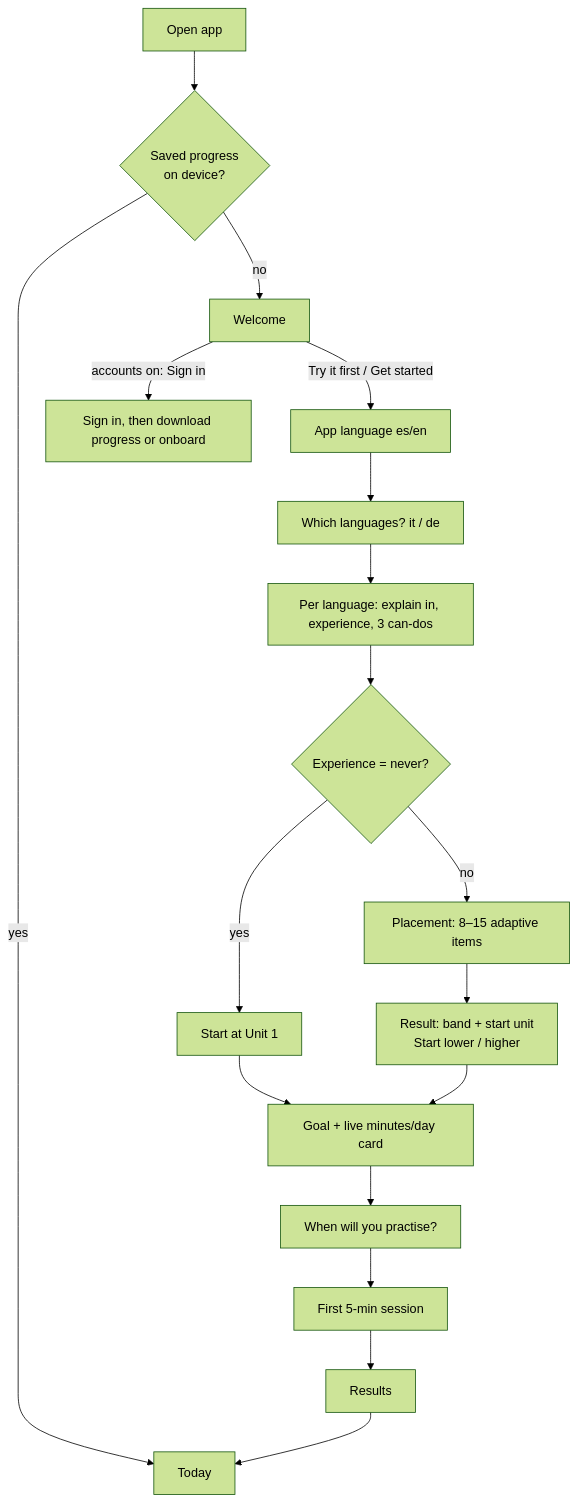
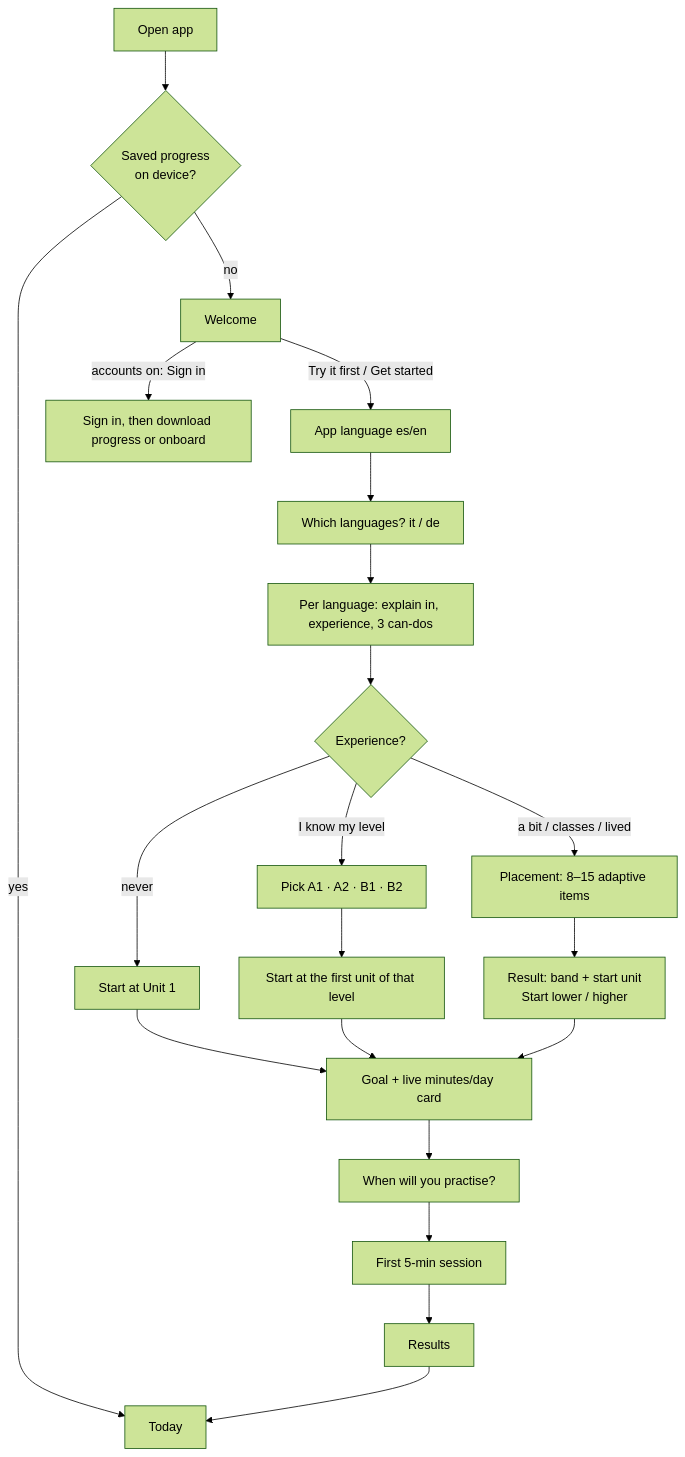
One commit to GabrielaCaballero/linguaapp changed the second of 7 diagrams in docs/product/04-flows.md. Above: the diagram before and after it, drawn with Mermaid (forest theme). The commit also changed 8 other files, not shown here.

First line of the commit message:
'I know my level': skip placement and pick A1-B2

````diff
--- a/docs/product/04-flows.md
+++ b/docs/product/04-flows.md
@@ -26,18 +26,20 @@
 ```mermaid
 flowchart TD
   A[Open app] --> B{Saved progress<br/>on device?}
   B -- yes --> T[Today]
   B -- no --> W[Welcome]
   W -- accounts on: Sign in --> SI[Sign in, then download progress or onboard]
   W -- Try it first / Get started --> L[App language es/en]
   L --> C[Which languages? it / de]
   C --> E[Per language: explain in, experience, 3 can-dos]
-  E --> X{Experience = never?}
-  X -- yes --> U1[Start at Unit 1]
-  X -- no --> P[Placement: 8–15 adaptive items]
+  E --> X{Experience?}
+  X -- never --> U1[Start at Unit 1]
+  X -- I know my level --> KL[Pick A1 · A2 · B1 · B2] --> KU[Start at the first unit of that level]
+  X -- a bit / classes / lived --> P[Placement: 8–15 adaptive items]
+  KU --> G
   P --> R[Result: band + start unit<br/>Start lower / higher]
   U1 --> G[Goal + live minutes/day card]
   R --> G
   G --> AN[When will you practise?]
   AN --> S[First 5-min session] --> RES[Results] --> T
 ```
````
